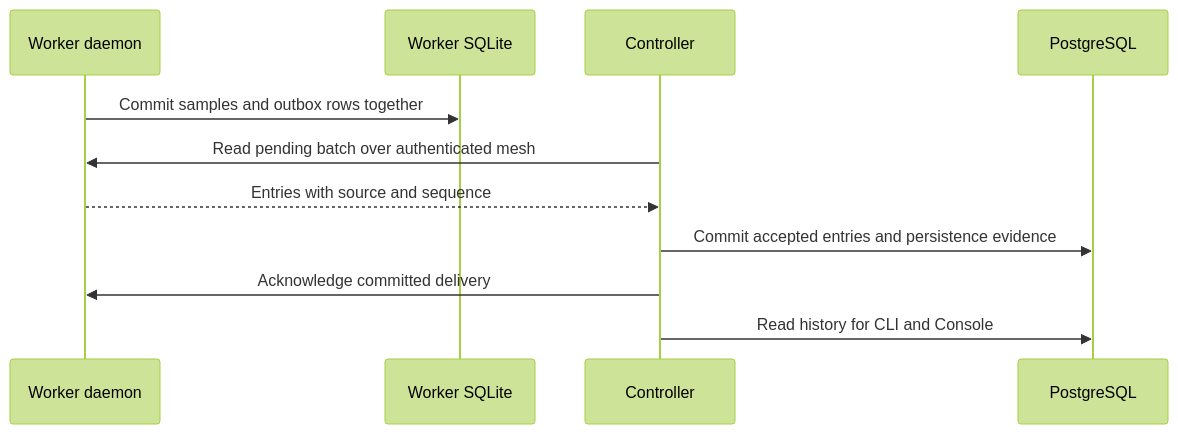
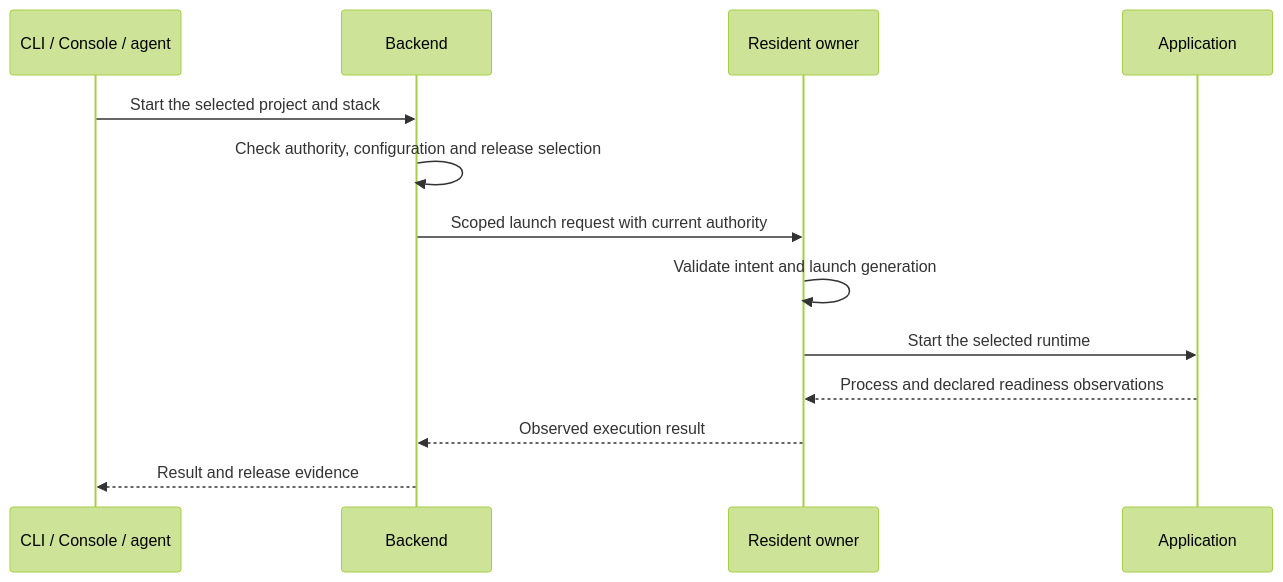
The third of 4 diagrams in docs/omnitron/architecture.md (omnitron-dev/website), drawn with Mermaid (forest theme) before and after one commit. The commit also changed other lines of this file and 22 other files, not shown here.

Commit message:
docs(website): explain private architecture and automation design

````diff
--- a/docs/omnitron/architecture.md
+++ b/docs/omnitron/architecture.md
@@ -442,13 +140,15 @@
 ```mermaid
 sequenceDiagram
-  participant W as Worker daemon
-  participant S as Worker SQLite
-  participant C as Controller
-  participant DB as PostgreSQL
-  W->>S: Commit samples and outbox rows together
-  C->>W: Read pending batch over authenticated mesh
-  W-->>C: Entries with source and sequence
-  C->>DB: Commit accepted entries and persistence evidence
-  C->>W: Acknowledge committed delivery
-  C->>DB: Read history for CLI and Console
+  participant User as CLI / Console / agent
+  participant Backend as Backend
+  participant Owner as Resident owner
+  participant App as Application
+  User->>Backend: Start the selected project and stack
+  Backend->>Backend: Check authority, configuration and release selection
+  Backend->>Owner: Scoped launch request with current authority
+  Owner->>Owner: Validate intent and launch generation
+  Owner->>App: Start the selected runtime
+  App-->>Owner: Process and declared readiness observations
+  Owner-->>Backend: Observed execution result
+  Backend-->>User: Result and release evidence
 ```
````
